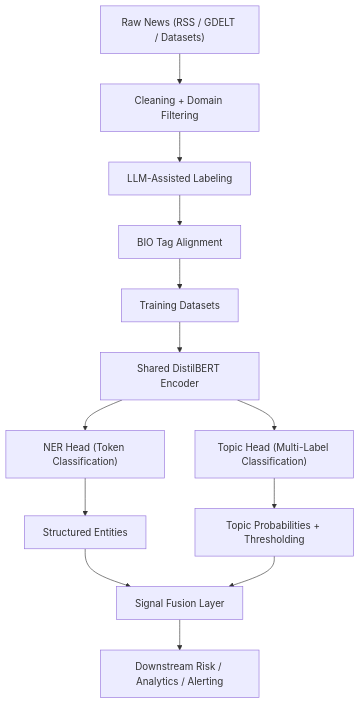
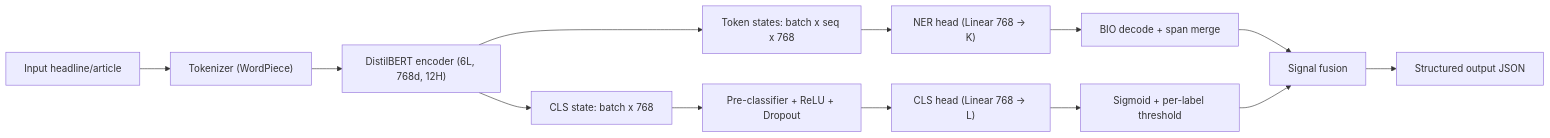
The second of 7 diagrams in _research/2026-04-07-quantbridge-energy-intelligence-multitask-nlp.md (TrishamBP/TrishamBP.github.io), drawn with Mermaid before and after one commit. The commit also changed other lines of this file and 1 other file, not shown here.

Commit message:
feat: add Research Articles section with integrated NLP system research article and mermaid rendering support

````diff
--- a/_research/2026-04-07-quantbridge-energy-intelligence-multitask-nlp.md
+++ b/_research/2026-04-07-quantbridge-energy-intelligence-multitask-nlp.md
@@ -54,15 +115,15 @@
 ```mermaid
-flowchart TB
-  A["Raw News (RSS / GDELT / Datasets)"] --> B["Cleaning + Domain Filtering"]
-  B --> C["LLM-Assisted Labeling"]
-  C --> D["BIO Tag Alignment"]
-  D --> E["Training Datasets"]
-  E --> F["Shared DistilBERT Encoder"]
-  F --> G["NER Head (Token Classification)"]
-  F --> H["Topic Head (Multi-Label Classification)"]
-  G --> I["Structured Entities"]
-  H --> J["Topic Probabilities + Thresholding"]
-  I --> K["Signal Fusion Layer"]
-  J --> K
-  K --> L["Downstream Risk / Analytics / Alerting"]
+flowchart LR
+  X["Input headline/article"] --> T["Tokenizer (WordPiece)"]
+  T --> E["DistilBERT encoder (6L, 768d, 12H)"]
+  E --> H1["Token states: batch x seq x 768"]
+  E --> H2["CLS state: batch x 768"]
+  H1 --> N1["NER head (Linear 768 -> K)"]
+  N1 --> N2["BIO decode + span merge"]
+  H2 --> C1["Pre-classifier + ReLU + Dropout"]
+  C1 --> C2["CLS head (Linear 768 -> L)"]
+  C2 --> C3["Sigmoid + per-label threshold"]
+  N2 --> F["Signal fusion"]
+  C3 --> F
+  F --> Y["Structured output JSON"]
 ```
````
